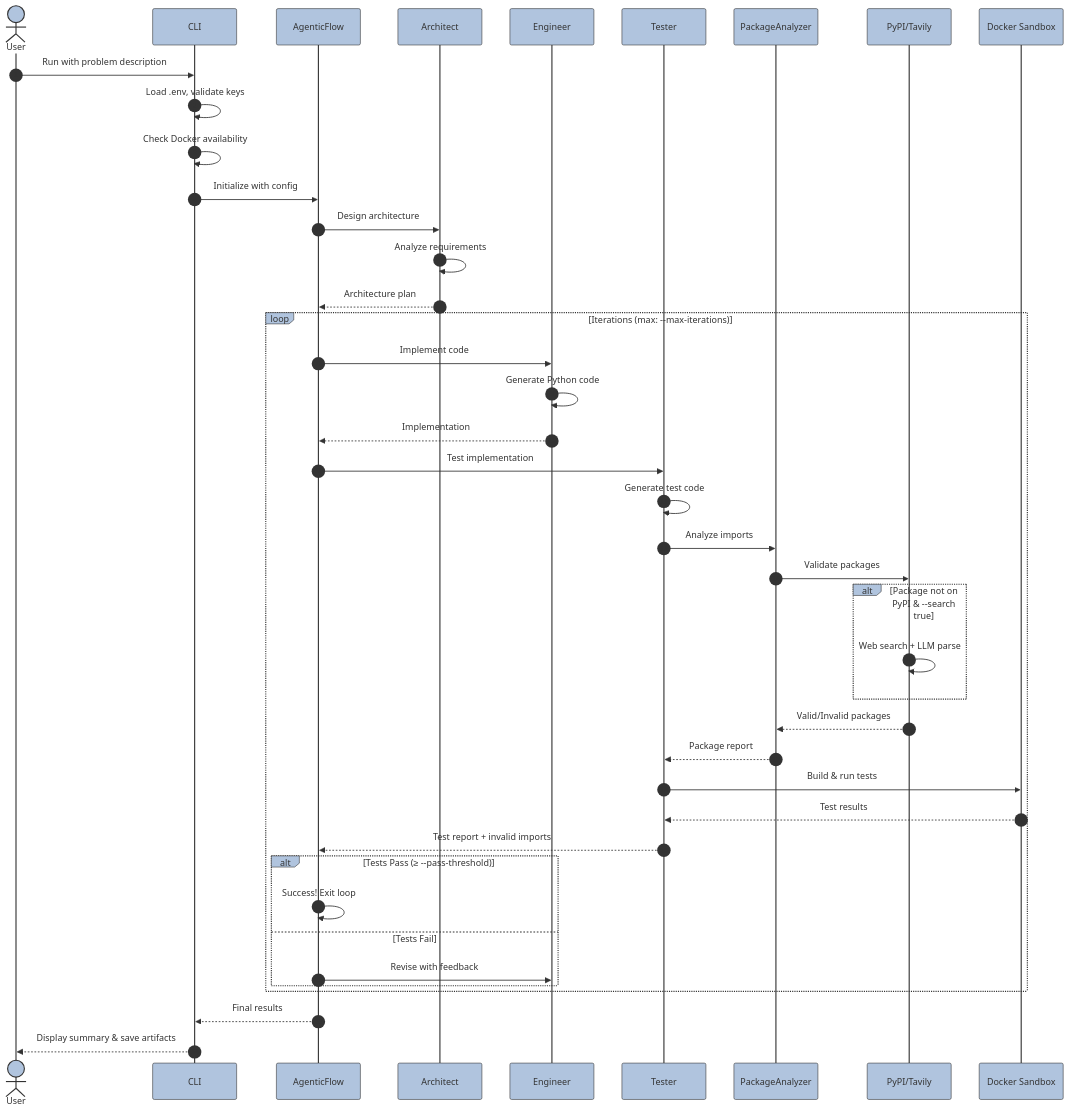
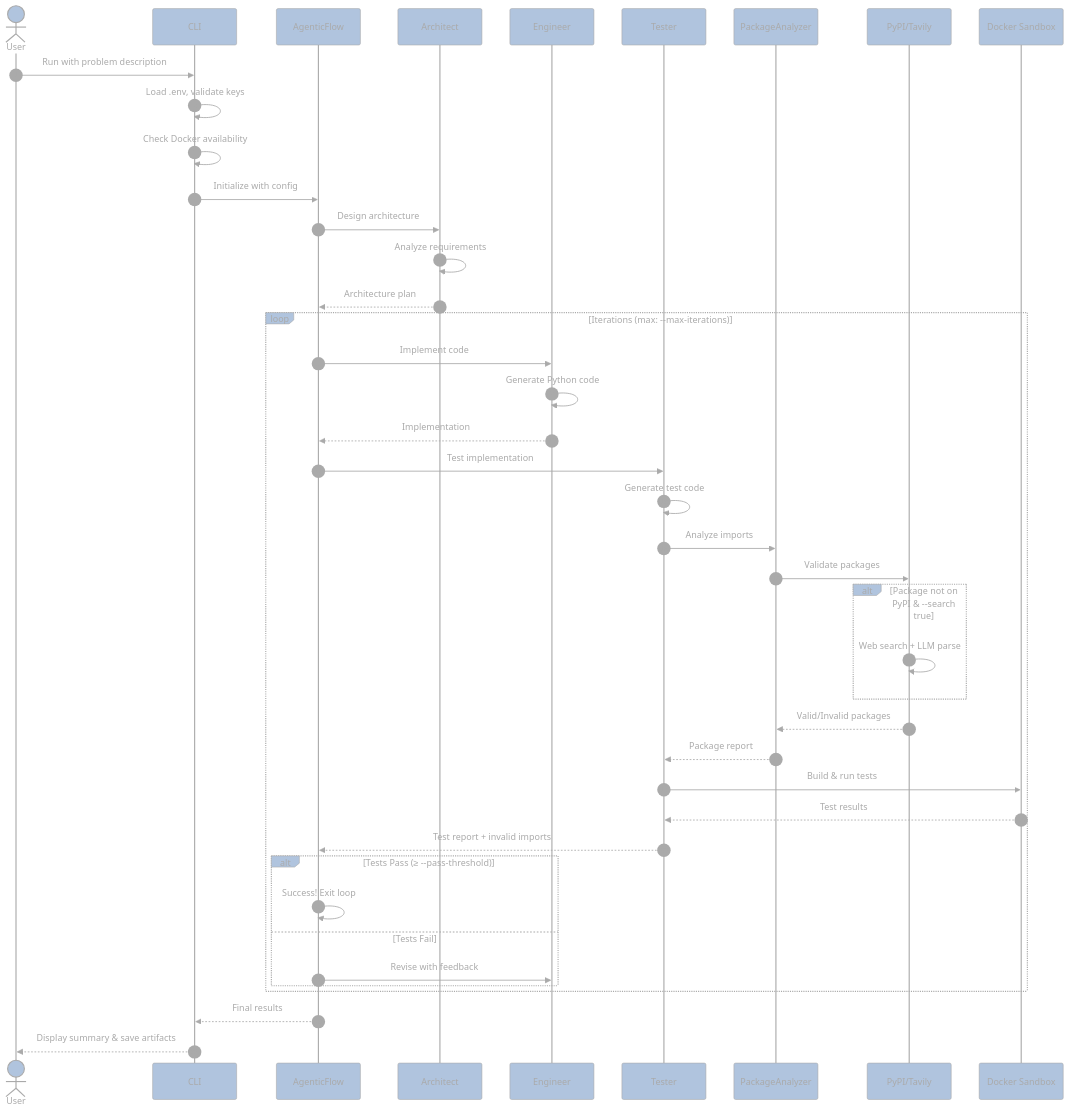
One commit to oshea00/codeagents changed the second of 2 diagrams in README.md. Above: the diagram before and after it, drawn with Mermaid. The commit also changed 1 other file, not shown here.

Commit message:
activity background color fix

````diff
--- a/README.md
+++ b/README.md
@@ -211,54 +211,54 @@
 ```mermaid
-%%{init: {'theme':'base', 'themeVariables': { 'actorBkg':'#B0C4DE','actorBorder':'#333','actorTextColor':'#333','actorLineColor':'#333','signalColor':'#333','signalTextColor':'#333','labelBoxBkgColor':'#B0C4DE','labelBoxBorderColor':'#333','loopTextColor':'#333','activationBorderColor':'#333','activationBkgColor':'#B0C4DE','sequenceNumberColor':'#333','noteBorderColor':'#333'}}}%%
+%%{init: {'theme':'base', 'themeVariables': { 'actorBkg':'#B0C4DE','actorBorder':'#aaa','actorTextColor':'#aaa','actorLineColor':'#aaa','signalColor':'#aaa','signalTextColor':'#aaa','labelBoxBkgColor':'#B0C4DE','labelBoxBorderColor':'#aaa','loopTextColor':'#aaa','activationBorderColor':'#aaa','activationBkgColor':'#B0C4DE','sequenceNumberColor':'#aaa','noteBorderColor':'#aaa'}}}%%
 sequenceDiagram
     autonumber
     actor User
     participant CLI as CLI
     participant Flow as AgenticFlow
     participant Arch as Architect
     participant Eng as Engineer
     participant Test as Tester
     participant Analyzer as PackageAnalyzer
     participant PyPI as PyPI/Tavily
     participant Docker as Docker Sandbox
 
     User->>CLI: Run with problem description
     CLI->>CLI: Load .env, validate keys
     CLI->>CLI: Check Docker availability
     CLI->>Flow: Initialize with config
 
     Flow->>Arch: Design architecture
     Arch->>Arch: Analyze requirements
     Arch-->>Flow: Architecture plan
 
     loop Iterations (max: --max-iterations)
         Flow->>Eng: Implement code
         Eng->>Eng: Generate Python code
         Eng-->>Flow: Implementation
 
         Flow->>Test: Test implementation
         Test->>Test: Generate test code
         Test->>Analyzer: Analyze imports
 
         Analyzer->>PyPI: Validate packages
         alt Package not on PyPI & --search true
             PyPI->>PyPI: Web search + LLM parse
         end
         PyPI-->>Analyzer: Valid/Invalid packages
 
         Analyzer-->>Test: Package report
         Test->>Docker: Build & run tests
         Docker-->>Test: Test results
 
         Test-->>Flow: Test report + invalid imports
 
         alt Tests Pass (≥ --pass-threshold)
             Flow->>Flow: Success! Exit loop
         else Tests Fail
             Flow->>Eng: Revise with feedback
         end
     end
 
     Flow-->>CLI: Final results
     CLI-->>User: Display summary & save artifacts
 ```
````
